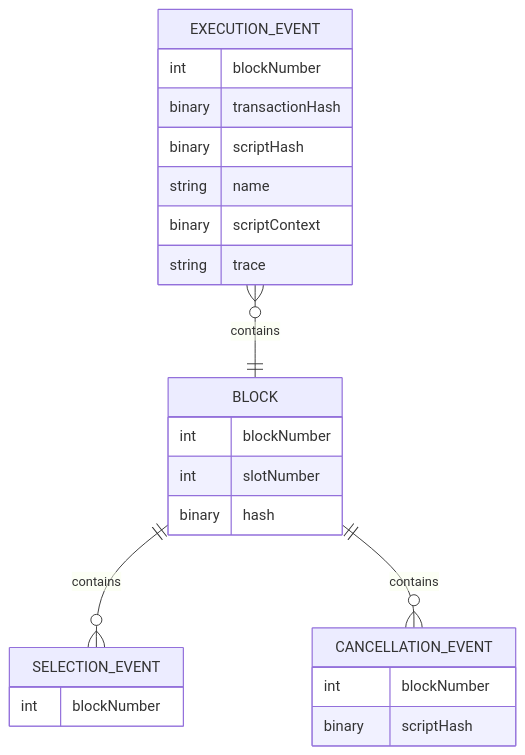
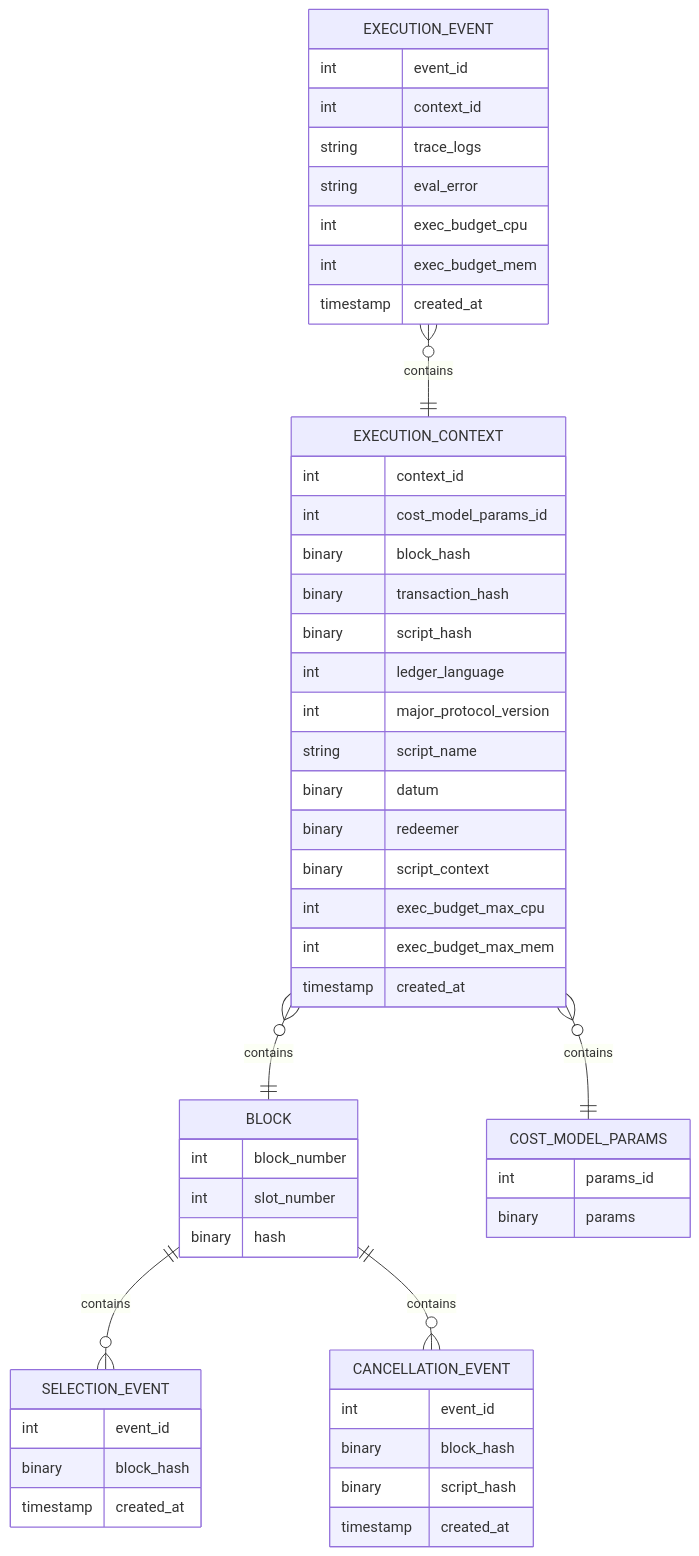
Before and after one commit to tweag/plutus-script-reexecutor: the second of 2 diagrams in docs/specification.md, drawn with Mermaid. The commit also changed other lines of this file, not shown here.

````diff
--- a/docs/specification.md
+++ b/docs/specification.md
@@ -383,26 +430,53 @@
 ```mermaid
 erDiagram
-    EXECUTION_EVENT }o--|| BLOCK : contains
+    EXECUTION_CONTEXT }o--|| BLOCK : contains
+    EXECUTION_EVENT }o--|| EXECUTION_CONTEXT : contains
+    EXECUTION_CONTEXT {
+        int context_id
+        int cost_model_params_id
+        binary block_hash
+        binary transaction_hash
+        binary script_hash
+        int ledger_language
+        int major_protocol_version
+        string script_name
+        binary datum 
+        binary redeemer 
+        binary script_context
+        int exec_budget_max_cpu
+        int exec_budget_max_mem 
+        timestamp created_at
+    }
     EXECUTION_EVENT {
-        int blockNumber
-        binary transactionHash
-        binary scriptHash
-        string name
-        binary scriptContext
-        string trace
+        int event_id 
+        int context_id 
+        string trace_logs
+        string eval_error 
+        int exec_budget_cpu
+        int exec_budget_mem 
+        timestamp created_at
     }
+    COST_MODEL_PARAMS {
+        int params_id
+        binary params
+    }
+    EXECUTION_CONTEXT }o--|| COST_MODEL_PARAMS : contains
     BLOCK ||--o{ SELECTION_EVENT : contains
     BLOCK ||--o{ CANCELLATION_EVENT : contains
     BLOCK {
-        int blockNumber
-        int slotNumber
+        int block_number
+        int slot_number
         binary hash
     }
     SELECTION_EVENT {
-        int blockNumber
+        int event_id 
+        binary block_hash
+        timestamp created_at
     }
     CANCELLATION_EVENT {
-        int blockNumber
-        binary scriptHash 
+        int event_id 
+        binary block_hash
+        binary script_hash 
+        timestamp created_at
     }
 ```
````
